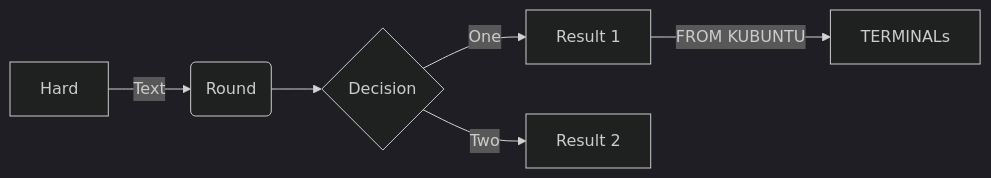
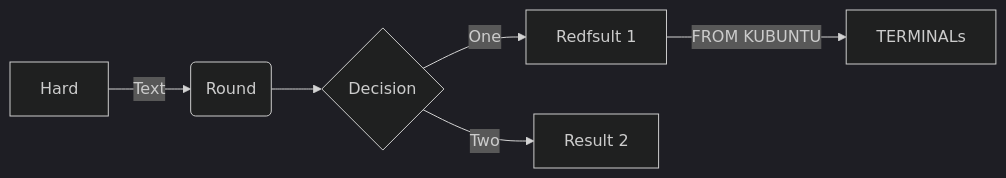
Before and after one commit to demosthenesd/fullstack-open: the diagram in part0/ex4.md, drawn with Mermaid (dark theme).

````diff
--- a/part0/ex4.md
+++ b/part0/ex4.md
@@ -1,10 +1,10 @@
 ```mermaid
 
 flowchart LR
 
 A[Hard] -->|Text| B(Round)
 B --> C{Decision}
-C -->|One| D[Result 1]
+C -->|One| D[Redfsult 1]
 C -->|Two| E[Result 2]
 D -->|FROM KUBUNTU| TERMINALs
 ```
````
